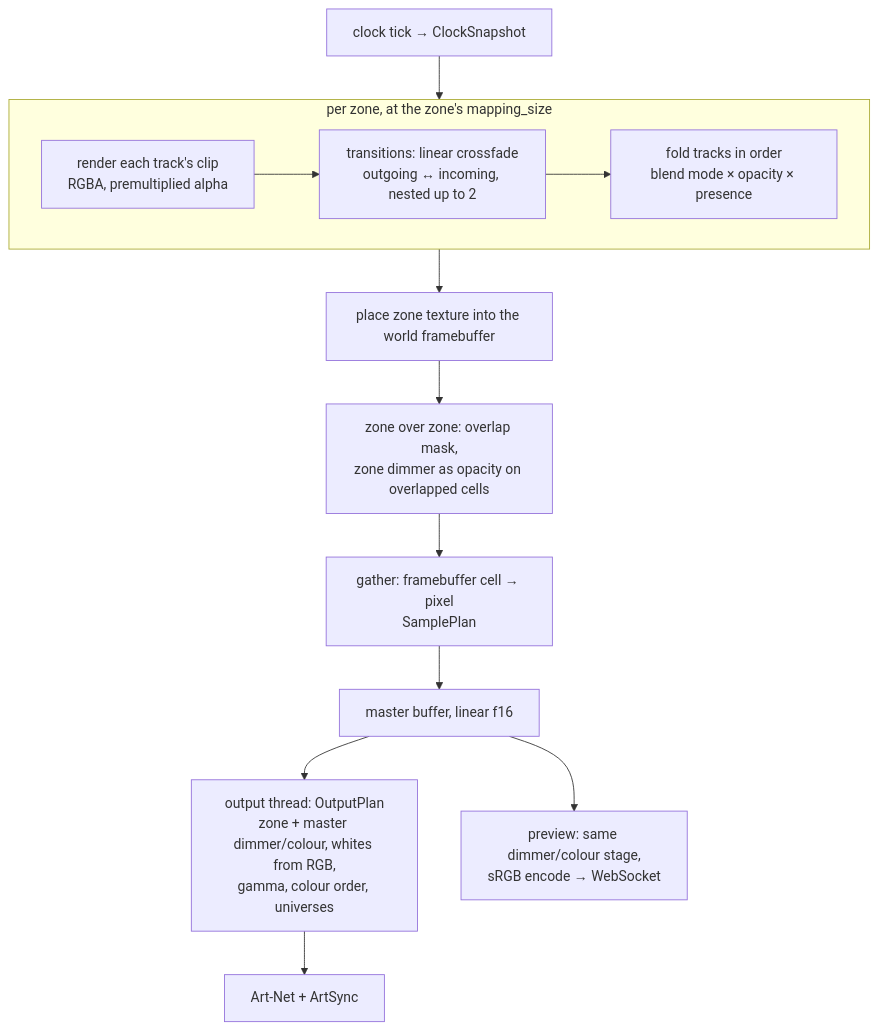
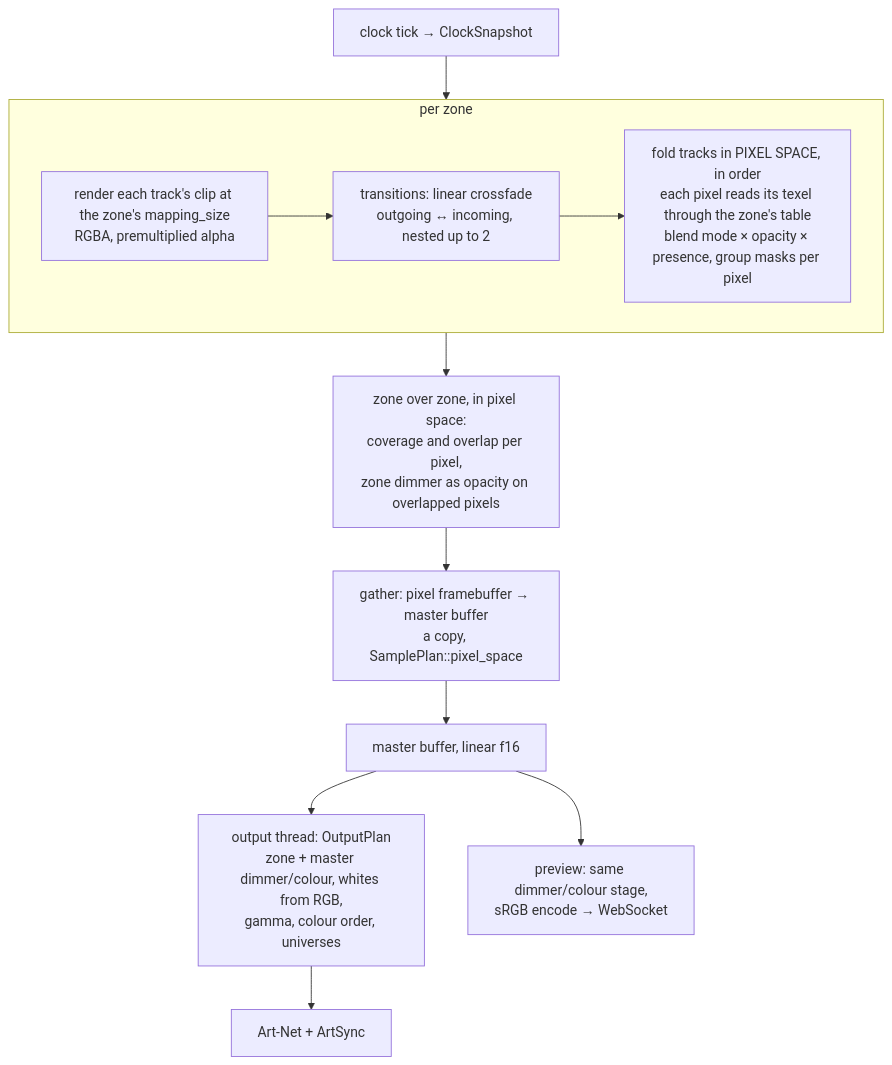
The fourth of 5 diagrams in ARCHITECTURE.md (roccba/prisma-lighting), drawn with Mermaid before and after one commit. The commit also changed other lines of this file and 15 other files, not shown here.

First line of the commit message:
Composite in pixel space

````diff
--- a/ARCHITECTURE.md
+++ b/ARCHITECTURE.md
@@ -197,21 +197,20 @@
 ```mermaid
 flowchart TB
     tick[clock tick → ClockSnapshot]
-    subgraph zone [per zone, at the zone's mapping_size]
-        fx[render each track's clip<br/>RGBA, premultiplied alpha]
+    subgraph zone [per zone]
+        fx[render each track's clip at the zone's mapping_size<br/>RGBA, premultiplied alpha]
         tr[transitions: linear crossfade<br/>outgoing ↔ incoming, nested up to 2]
-        fold[fold tracks in order<br/>blend mode × opacity × presence]
+        fold[fold tracks in PIXEL SPACE, in order<br/>each pixel reads its texel through the zone's table<br/>blend mode × opacity × presence, group masks per pixel]
         fx --> tr --> fold
     end
-    place[place zone texture into the world framebuffer]
-    over[zone over zone: overlap mask,<br/>zone dimmer as opacity on overlapped cells]
-    gather[gather: framebuffer cell → pixel<br/>SamplePlan]
+    over[zone over zone, in pixel space:<br/>coverage and overlap per pixel,<br/>zone dimmer as opacity on overlapped pixels]
+    gather[gather: pixel framebuffer → master buffer<br/>a copy, SamplePlan::pixel_space]
     master[master buffer, linear f16]
     out[output thread: OutputPlan<br/>zone + master dimmer/colour, whites from RGB,<br/>gamma, colour order, universes]
     artnet[Art-Net + ArtSync]
     prev[preview: same dimmer/colour stage,<br/>sRGB encode → WebSocket]
 
-    tick --> zone --> place --> over --> gather --> master
+    tick --> zone --> over --> gather --> master
     master --> out --> artnet
     master --> prev
 ```
````
